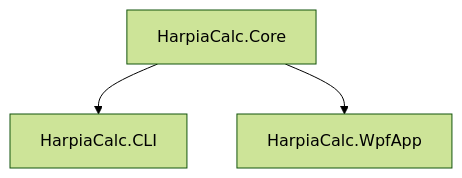
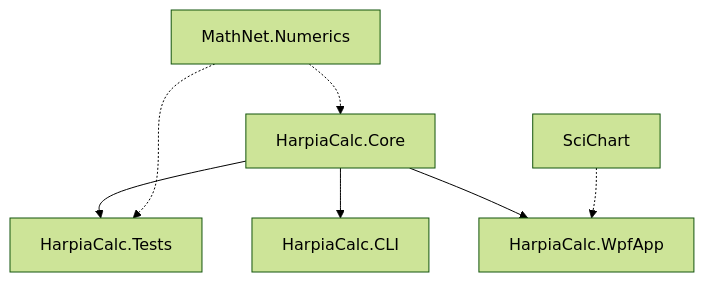
One commit to vytautas-butkus/svd-tests changed the diagram in README.md. Above: the diagram before and after it, drawn with Mermaid (forest theme). The commit also changed other lines of this file, not shown here.

````diff
--- a/README.md
+++ b/README.md
@@ -6,5 +7,9 @@
 ```mermaid
 flowchart TD
 CORE[HarpiaCalc.Core ] --> CLI[HarpiaCalc.CLI]
 CORE --> GUI[HarpiaCalc.WpfApp]
+CORE --> TESTS[HarpiaCalc.Tests]
+MATHNET[MathNet.Numerics] -.-> TESTS
+MATHNET -.-> CORE
+SCICHART[SciChart] -.-> GUI
 ```
````
